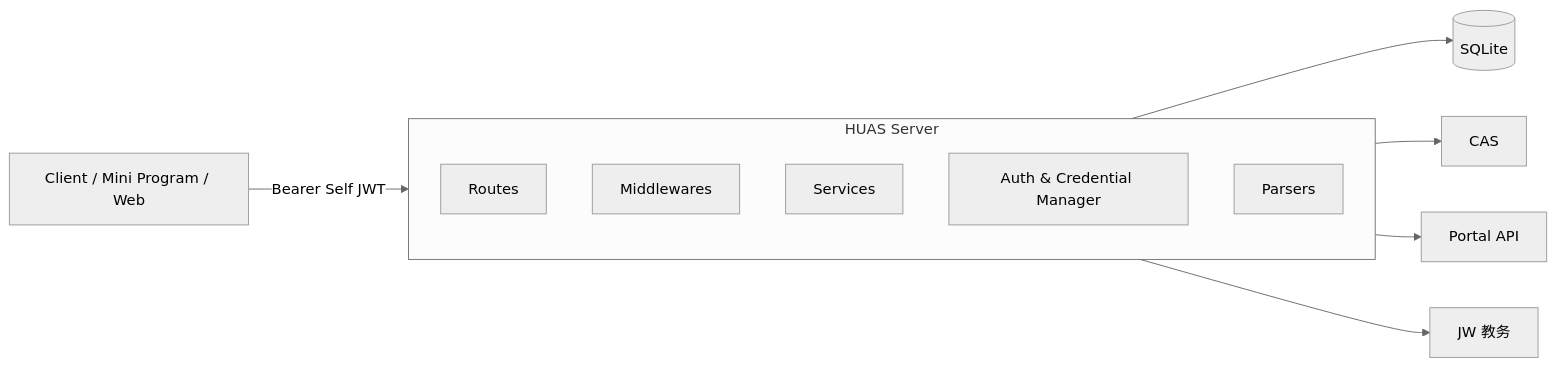
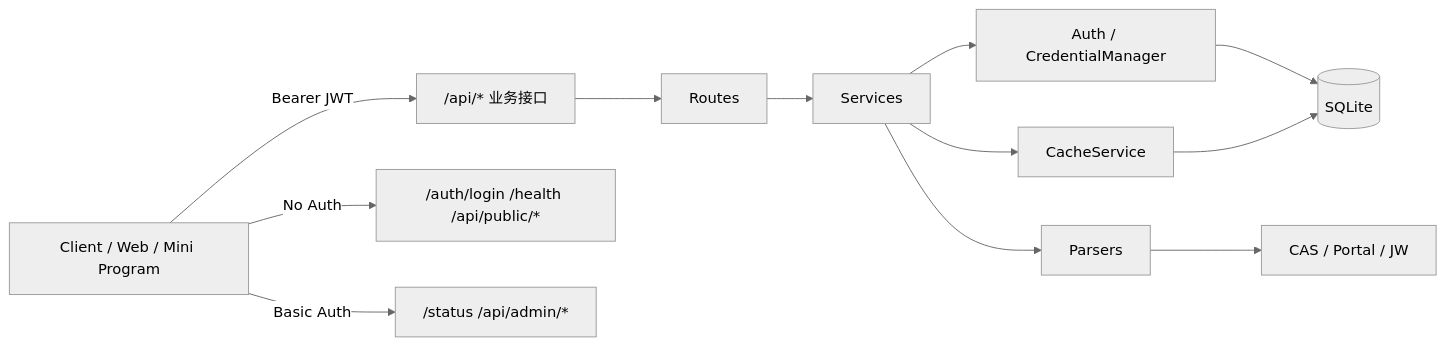
One commit to Yuxiangyun/huas-wechat changed the diagram in ARCHITECTURE.md. Above: the diagram before and after it, drawn with Mermaid (neutral theme). The commit also changed other lines of this file and 3 other files, not shown here.

First line of the commit message:
feat: Update architecture documentation and add deployment script

````diff
--- a/ARCHITECTURE.md
+++ b/ARCHITECTURE.md
@@ -36,16 +41,15 @@
 ```mermaid
 flowchart LR
-  C[Client / Mini Program / Web] -->|Bearer Self JWT| S[HUAS Server]
-  S --> DB[(SQLite)]
-  S --> CAS[CAS]
-  S --> PORTAL[Portal API]
-  S --> JW[JW 教务]
+  Client["Client / Web / Mini Program"] -->|Bearer JWT| API["/api/* 业务接口"]
+  Client -->|No Auth| Public["/auth/login /health /api/public/*"]
+  Client -->|Basic Auth| Admin["/status /api/admin/*"]
 
-  subgraph S[HUAS Server]
-    R[Routes]
-    M[Middlewares]
-    SV[Services]
-    AUTH[Auth & Credential Manager]
-    P[Parsers]
-  end
+  API --> Routes
+  Routes --> Services
+  Services --> Auth["Auth / CredentialManager"]
+  Services --> Cache["CacheService"]
+  Services --> Parsers
+  Auth --> DB[(SQLite)]
+  Cache --> DB
+  Parsers --> Upstream["CAS / Portal / JW"]
 ```
````
